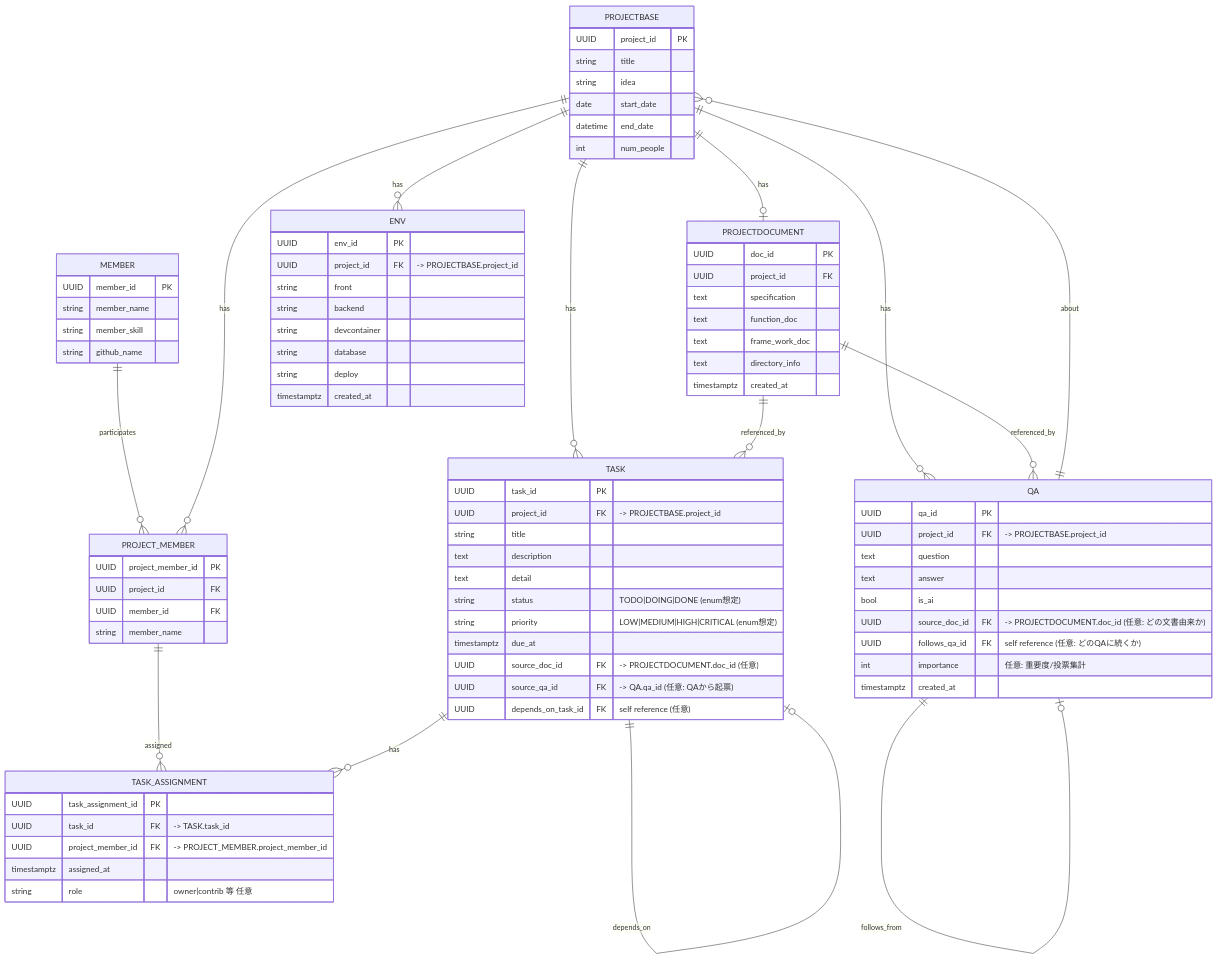
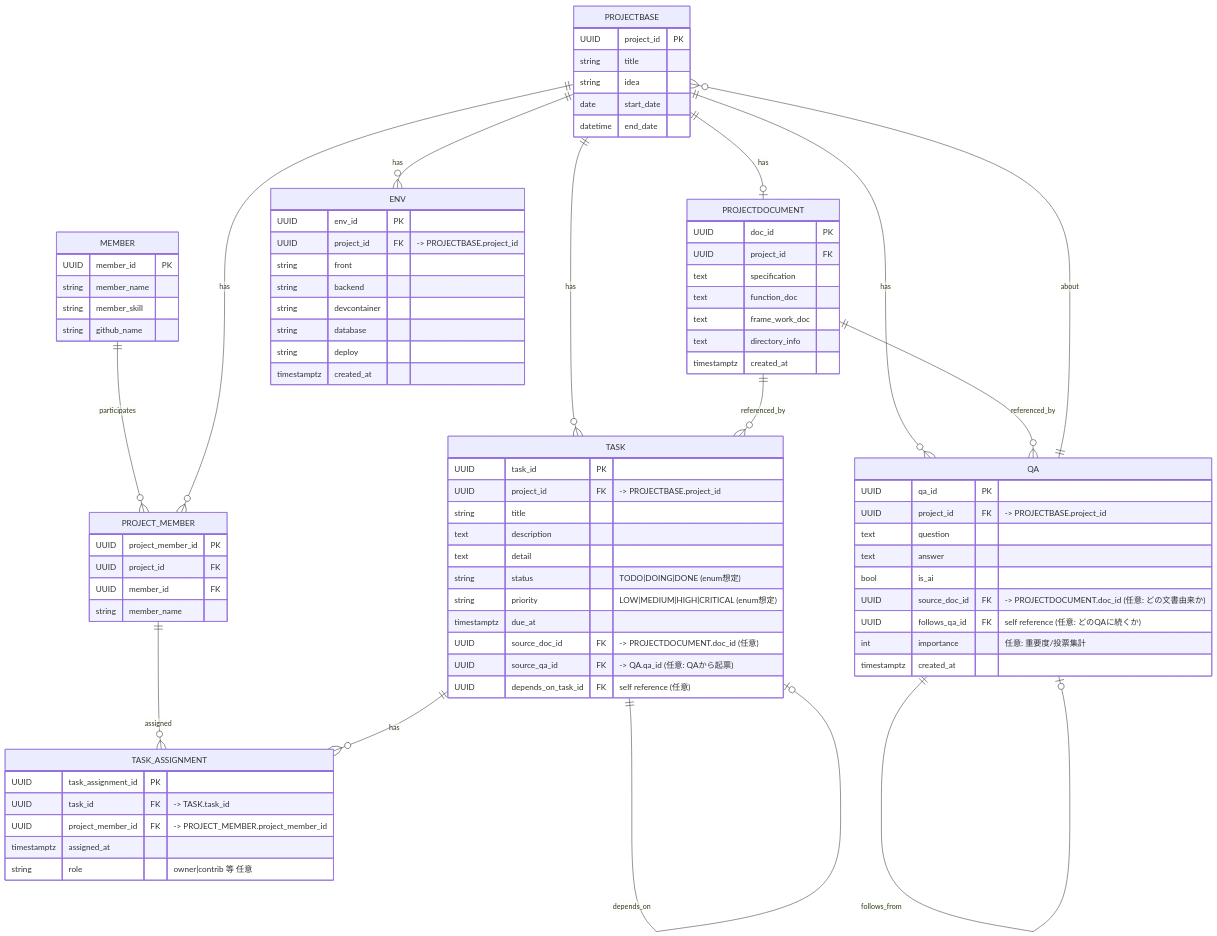
The diagram in front/README.md (Akatuki25/hackathon-support-agent), drawn with Mermaid before and after one commit. The commit also changed 16 other files, not shown here.

```diff
--- a/front/README.md
+++ b/front/README.md
@@ -60,7 +60,6 @@
     string idea
     date   start_date
     datetime end_date
-    int    num_people
   }
 
   PROJECT_MEMBER {
```
